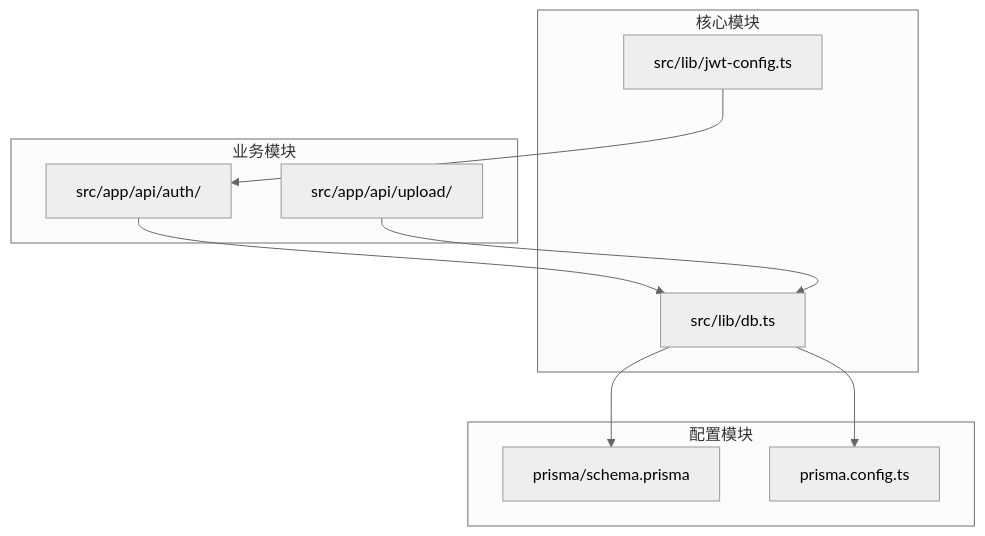
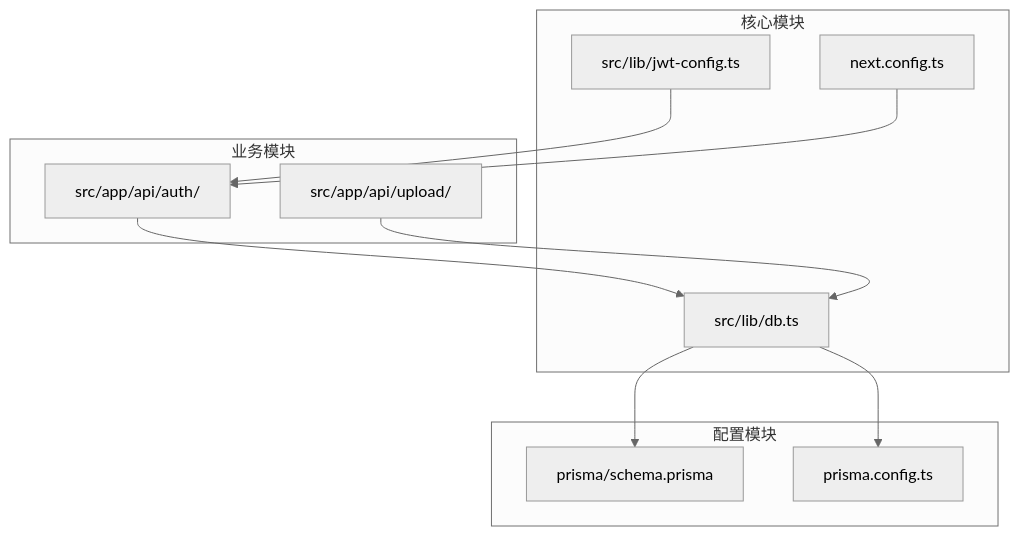
The eighth of 8 diagrams in .qoder/repowiki/zh/content/部署配置/Docker容器化部署.md (three3638-arch/celestia_2b), drawn with Mermaid (neutral theme) before and after one commit. The commit also changed other lines of this file and 17 other files, not shown here.

````diff
--- a/.qoder/repowiki/zh/content/部署配置/Docker容器化部署.md
+++ b/.qoder/repowiki/zh/content/部署配置/Docker容器化部署.md
@@ -299,20 +383,22 @@
 ```mermaid
 graph TD
 subgraph "核心模块"
 DB_LIB[src/lib/db.ts]
 JWT_CONFIG[src/lib/jwt-config.ts]
+NEXT_CONFIG[next.config.ts]
 end
 subgraph "业务模块"
 AUTH_API[src/app/api/auth/]
 UPLOAD_API[src/app/api/upload/]
 end
 subgraph "配置模块"
 PRISMA_SCHEMA[prisma/schema.prisma]
 PRISMA_CONFIG[prisma.config.ts]
 end
 DB_LIB --> PRISMA_SCHEMA
 DB_LIB --> PRISMA_CONFIG
 AUTH_API --> DB_LIB
 UPLOAD_API --> DB_LIB
 JWT_CONFIG --> AUTH_API
+NEXT_CONFIG --> AUTH_API
 ```
````
